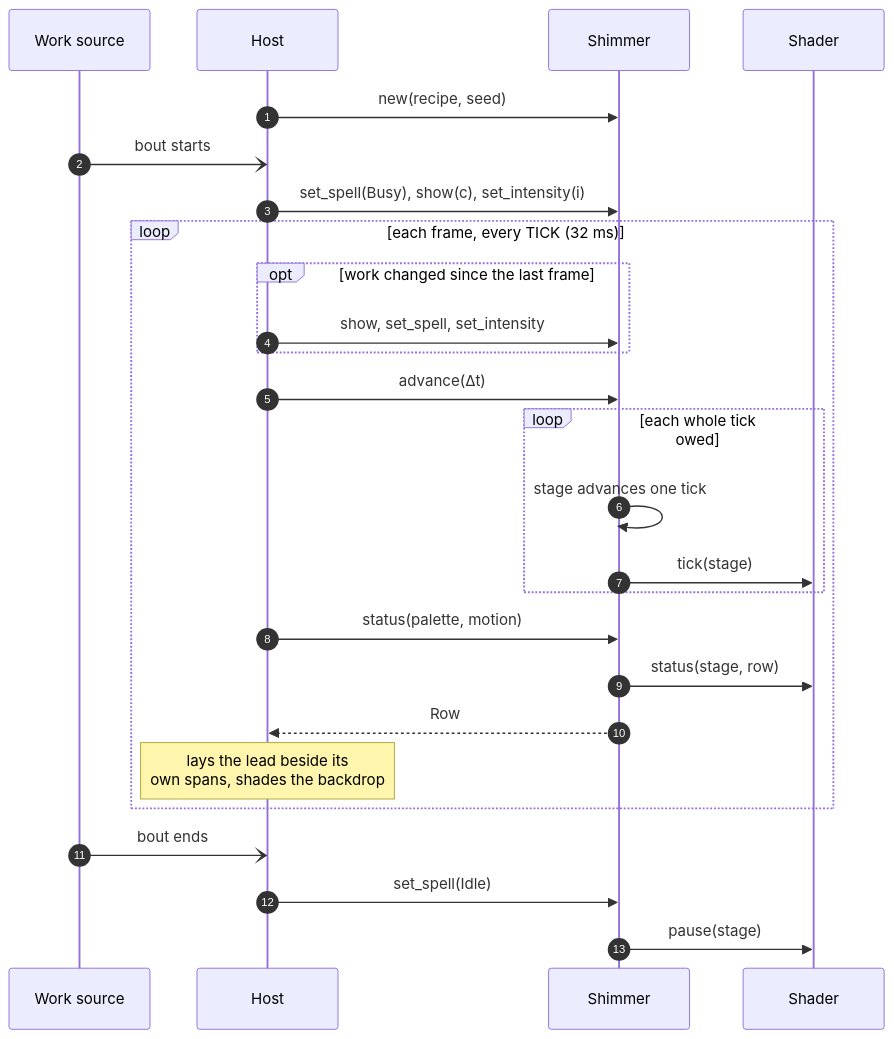
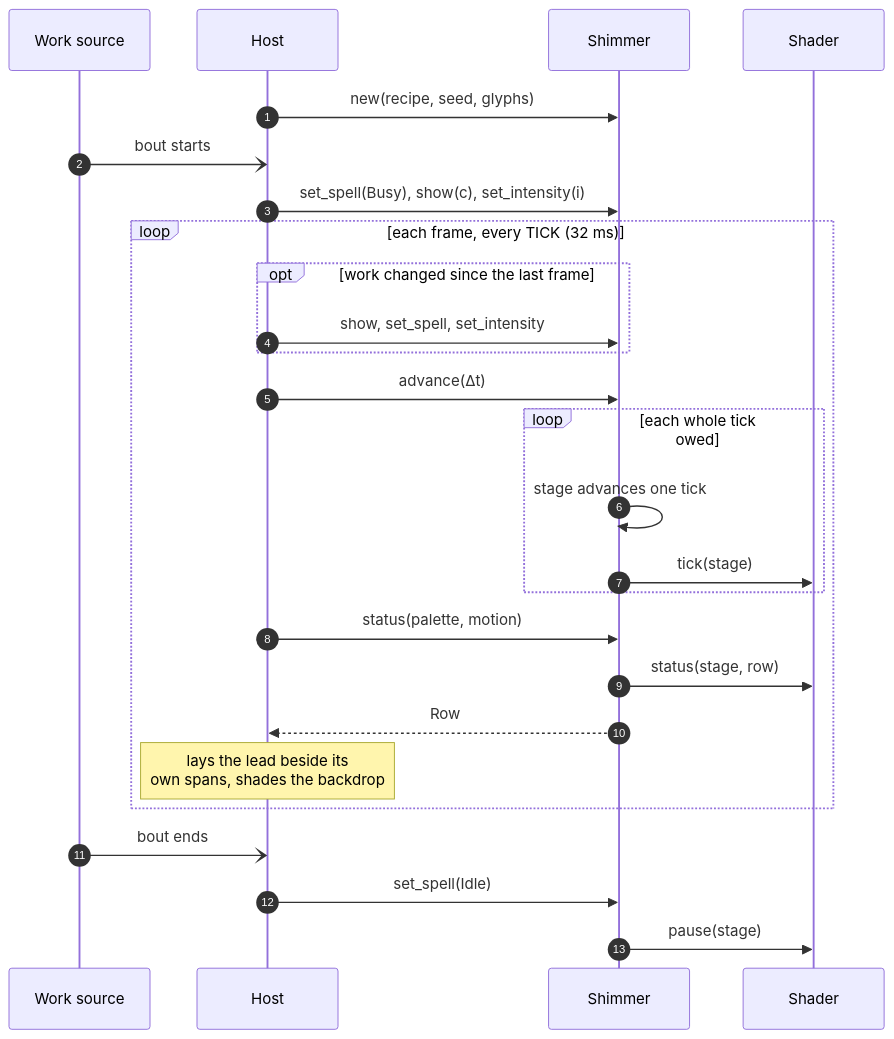
The sixth of 6 diagrams in design/DESIGN.md (aoaoaoaoaoaoaoaoaoaoaoaoaoaoaoaoaoaoaoa/libshimmer), drawn with Mermaid before and after one commit. The commit also changed other lines of this file, not shown here.

````diff
--- a/design/DESIGN.md
+++ b/design/DESIGN.md
@@ -261,28 +285,28 @@
 ```mermaid
 sequenceDiagram
   autonumber
   participant W as Work source
   participant H as Host
   participant S as Shimmer
   participant D as Shader
-  H->>S: new(recipe, seed)
+  H->>S: new(recipe, seed, glyphs)
   W-)H: bout starts
   H->>S: set_spell(Busy), show(c), set_intensity(i)
   loop each frame, every TICK (32 ms)
     opt work changed since the last frame
       H->>S: show, set_spell, set_intensity
     end
     H->>S: advance(Δt)
     loop each whole tick owed
       S->>S: stage advances one tick
       S->>D: tick(stage)
     end
     H->>S: status(palette, motion)
     S->>D: status(stage, row)
     S-->>H: Row
     Note over H: lays the lead beside its<br/>own spans, shades the backdrop
   end
   W-)H: bout ends
   H->>S: set_spell(Idle)
   S->>D: pause(stage)
 ```
````
